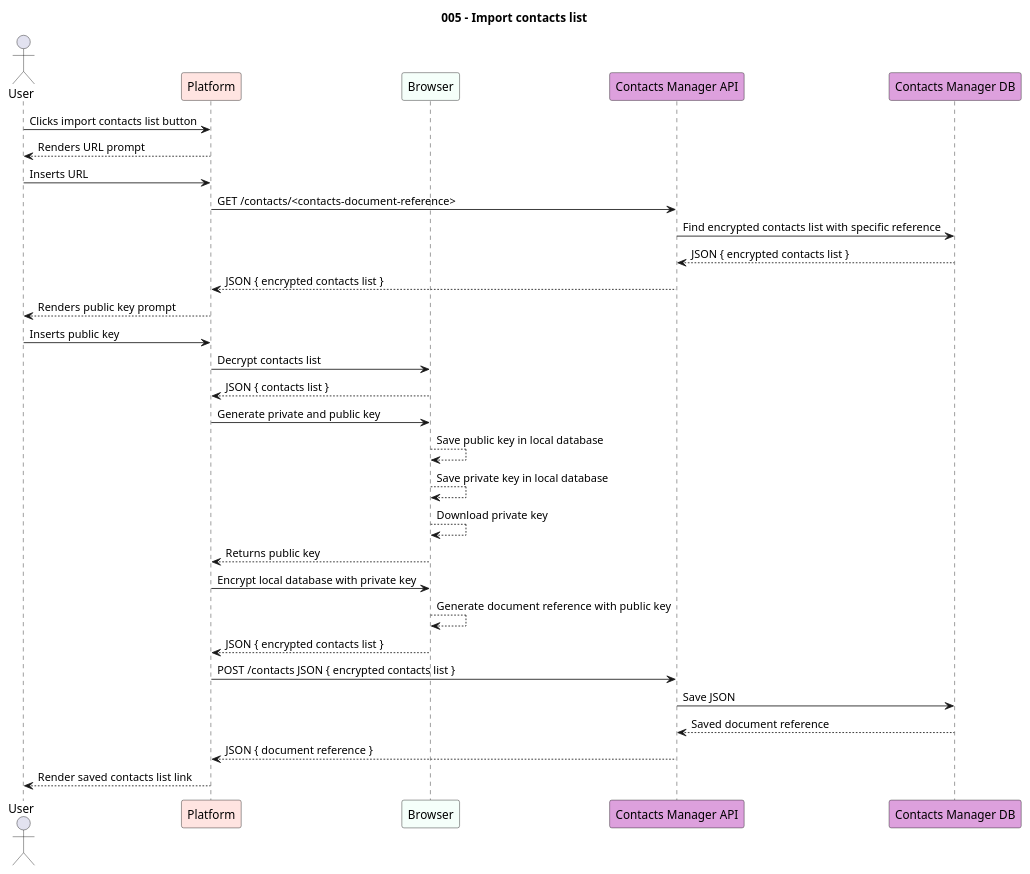
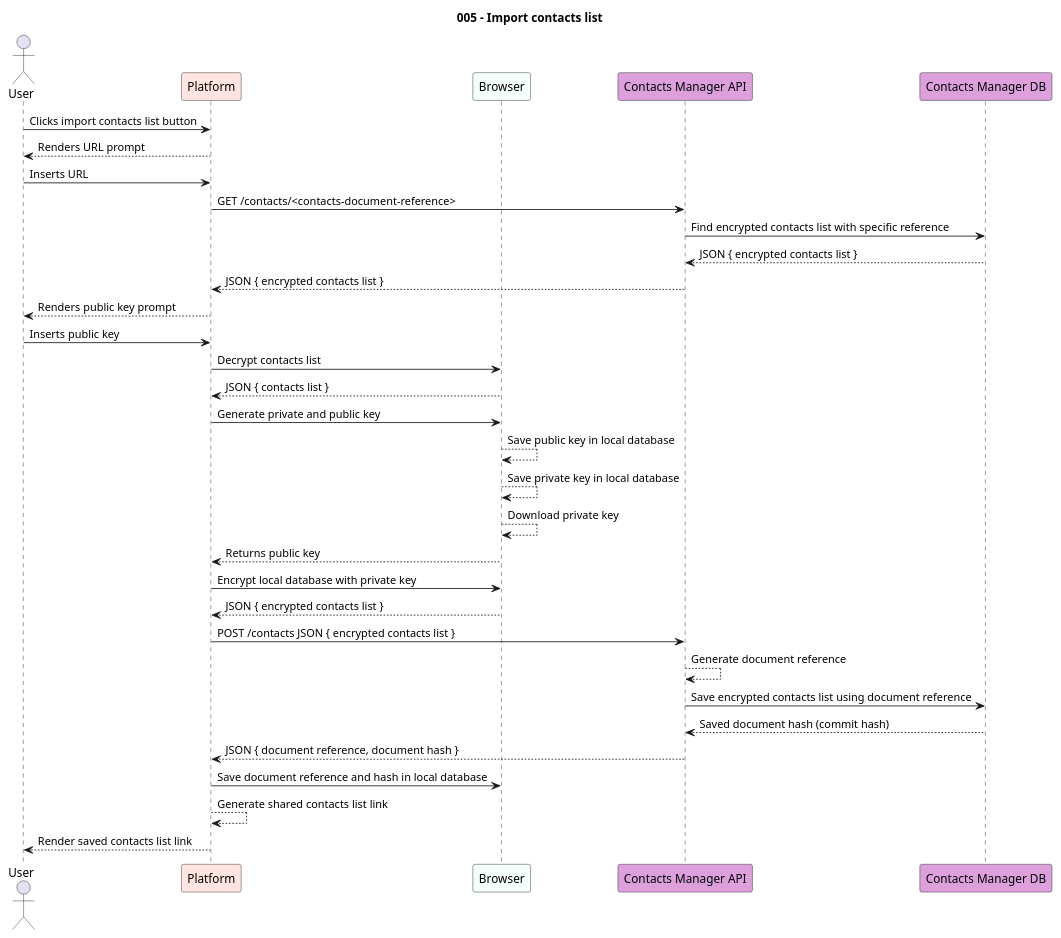
The diagram in src/usecases/puml/005-import-contacts-list.puml (paginas-secretas/docs), drawn with PlantUML before and after one commit. The commit also changed 1 other file, not shown here.

Commit message:
fix: document reference generation on saving database in DB

```diff
--- a/src/usecases/puml/005-import-contacts-list.puml
+++ b/src/usecases/puml/005-import-contacts-list.puml
@@ -1,41 +1,43 @@
 @startuml 005-import-contacts-list
 
 title "005 - Import contacts list"
 
 actor User
 participant "Platform" as PL #MistyRose
 participant Browser #MintCream
 participant "Contacts Manager API" as CNT #Plum
 participant "Contacts Manager DB" as CNT_DB #Plum
 
 User -> PL: Clicks import contacts list button
 PL --> User: Renders URL prompt
 User -> PL: Inserts URL
 
 PL -> CNT: GET /contacts/<contacts-document-reference>
 CNT -> CNT_DB: Find encrypted contacts list with specific reference
 CNT_DB --> CNT: JSON { encrypted contacts list }
 CNT --> PL: JSON { encrypted contacts list }
 
 PL --> User: Renders public key prompt
 User -> PL: Inserts public key
 
 PL -> Browser: Decrypt contacts list
 Browser --> PL: JSON { contacts list }
 
 PL -> Browser: Generate private and public key
 Browser --> Browser: Save public key in local database
 Browser --> Browser: Save private key in local database
 Browser --> Browser: Download private key
 Browser --> PL: Returns public key
 
 PL -> Browser: Encrypt local database with private key
-Browser --> Browser: Generate document reference with public key
 Browser --> PL: JSON { encrypted contacts list }
 PL -> CNT: POST /contacts JSON { encrypted contacts list }
-CNT -> CNT_DB: Save JSON
-CNT_DB --> CNT: Saved document reference
-CNT --> PL: JSON { document reference }
+CNT --> CNT: Generate document reference
+CNT -> CNT_DB: Save encrypted contacts list using document reference
+CNT_DB --> CNT: Saved document hash (commit hash)
+CNT --> PL: JSON { document reference, document hash }
+PL -> Browser: Save document reference and hash in local database
+PL --> PL: Generate shared contacts list link
 PL --> User: Render saved contacts list link
 
 @enduml
```
